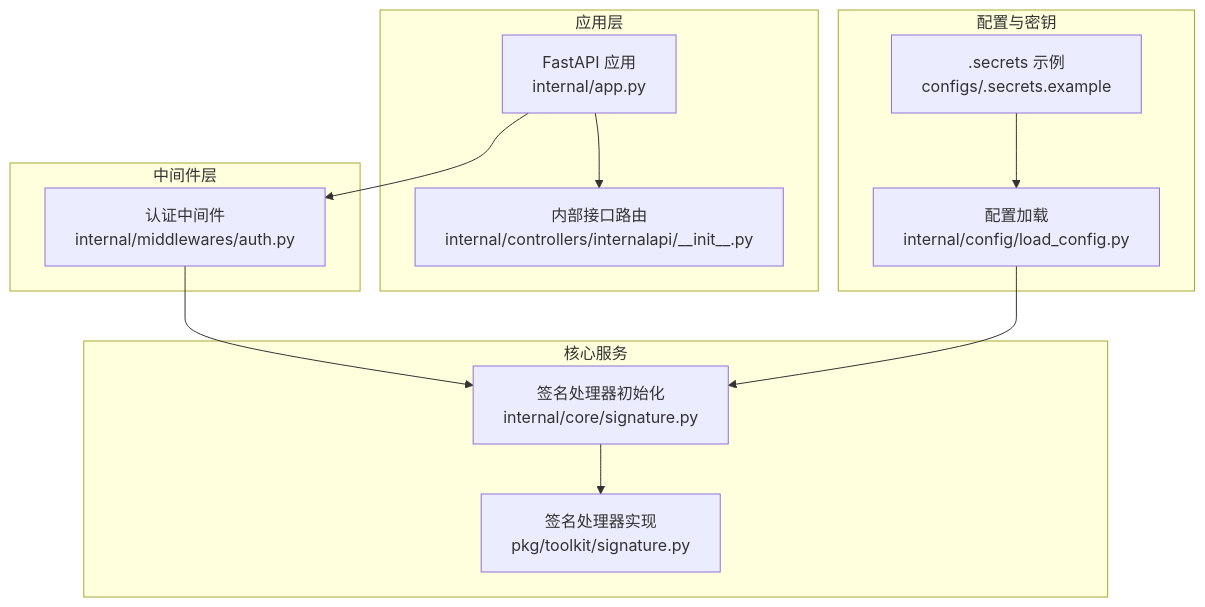
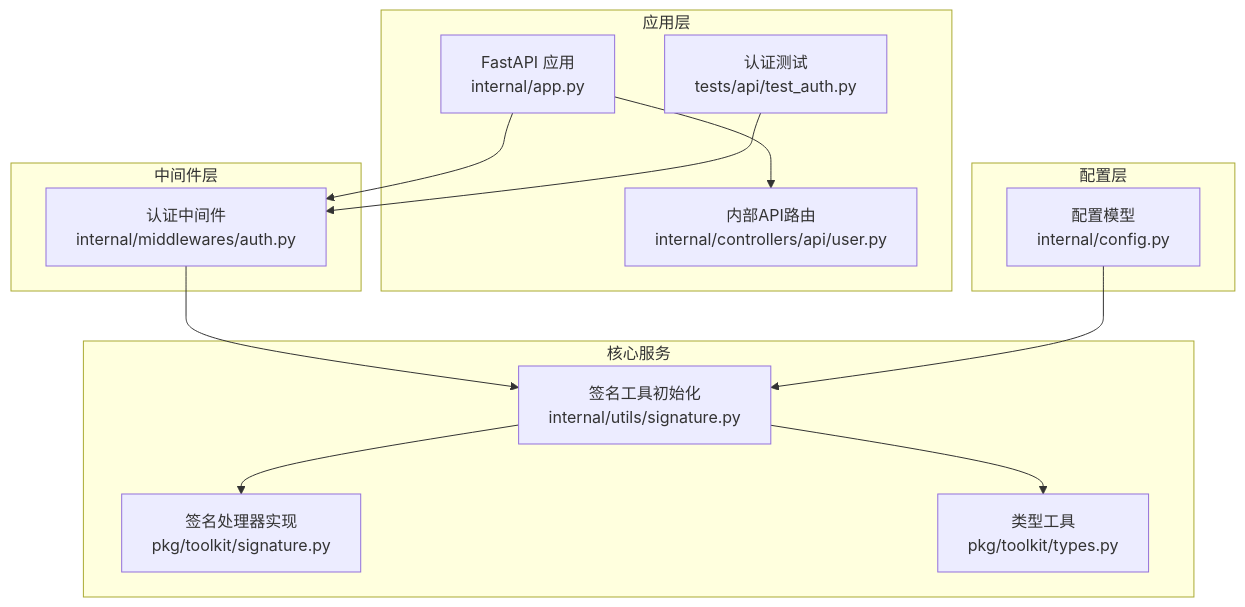
The first of 6 diagrams in .qoder/repowiki/zh/content/安全认证机制/签名认证机制.md (lilinzezzzzzz/fastapi-backend), drawn with Mermaid before and after one commit. The commit also changed other lines of this file and 42 other files, not shown here.

````diff
--- a/.qoder/repowiki/zh/content/安全认证机制/签名认证机制.md
+++ b/.qoder/repowiki/zh/content/安全认证机制/签名认证机制.md
@@ -43,24 +51,26 @@
 ```mermaid
 graph TB
 subgraph "应用层"
 APP["FastAPI 应用<br/>internal/app.py"]
-ROUTERS["内部接口路由<br/>internal/controllers/internalapi/__init__.py"]
+ROUTERS["内部API路由<br/>internal/controllers/api/user.py"]
+TESTS["认证测试<br/>tests/api/test_auth.py"]
 end
 subgraph "中间件层"
 AUTHMW["认证中间件<br/>internal/middlewares/auth.py"]
 end
 subgraph "核心服务"
-SIGCORE["签名处理器初始化<br/>internal/core/signature.py"]
-SIGHANDLER["签名处理器实现<br/>pkg/toolkit/signature.py"]
+SIGUTIL["签名工具初始化<br/>internal/utils/signature.py"]
+SIGCORE["签名处理器实现<br/>pkg/toolkit/signature.py"]
+TYPES["类型工具<br/>pkg/toolkit/types.py"]
 end
-subgraph "配置与密钥"
-CFG["配置加载<br/>internal/config/load_config.py"]
-SECRETS[".secrets 示例<br/>configs/.secrets.example"]
+subgraph "配置层"
+CONFIG["配置模型<br/>internal/config.py"]
 end
 APP --> AUTHMW
-AUTHMW --> SIGCORE
-SIGCORE --> SIGHANDLER
-CFG --> SIGCORE
-SECRETS --> CFG
+AUTHMW --> SIGUTIL
+SIGUTIL --> SIGCORE
+SIGUTIL --> TYPES
+CONFIG --> SIGUTIL
 APP --> ROUTERS
+TESTS --> AUTHMW
 ```
````
